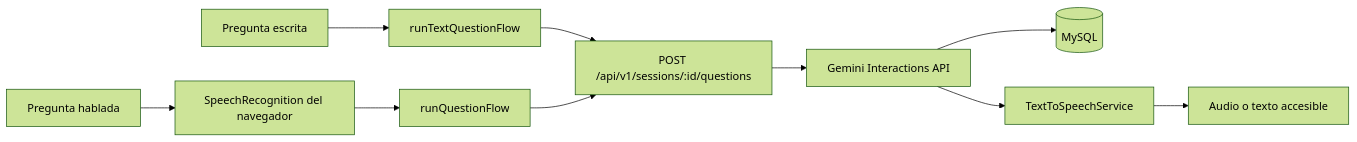
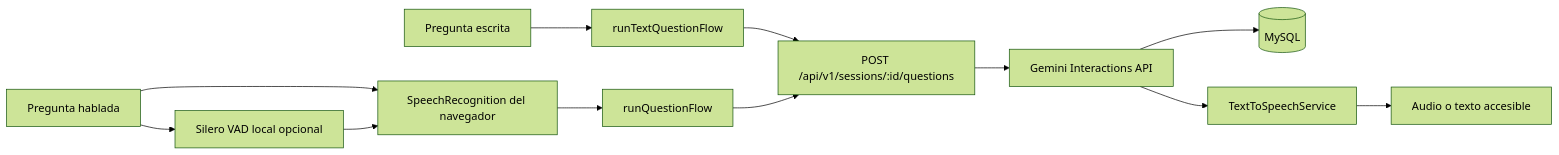
Before and after one commit to marianafloreslopez99/Taichi: the diagram in docs/AI_INTEGRATION.md, drawn with Mermaid (forest theme). The commit also changed other lines of this file and 21 other files, not shown here.

````diff
--- a/docs/AI_INTEGRATION.md
+++ b/docs/AI_INTEGRATION.md
@@ -3,12 +3,14 @@
 ```mermaid
 flowchart LR
-  M[Pregunta hablada] --> R[SpeechRecognition del navegador]
+  M[Pregunta hablada] --> V[Silero VAD local opcional]
+  M --> R[SpeechRecognition del navegador]
+  V --> R
   R --> Q[runQuestionFlow]
   E[Pregunta escrita] --> W[runTextQuestionFlow]
   W --> P
   Q --> P[POST /api/v1/sessions/:id/questions]
   P --> L[Gemini Interactions API]
   L --> D[(MySQL)]
   L --> T[TextToSpeechService]
   T --> A[Audio o texto accesible]
 ```
````
